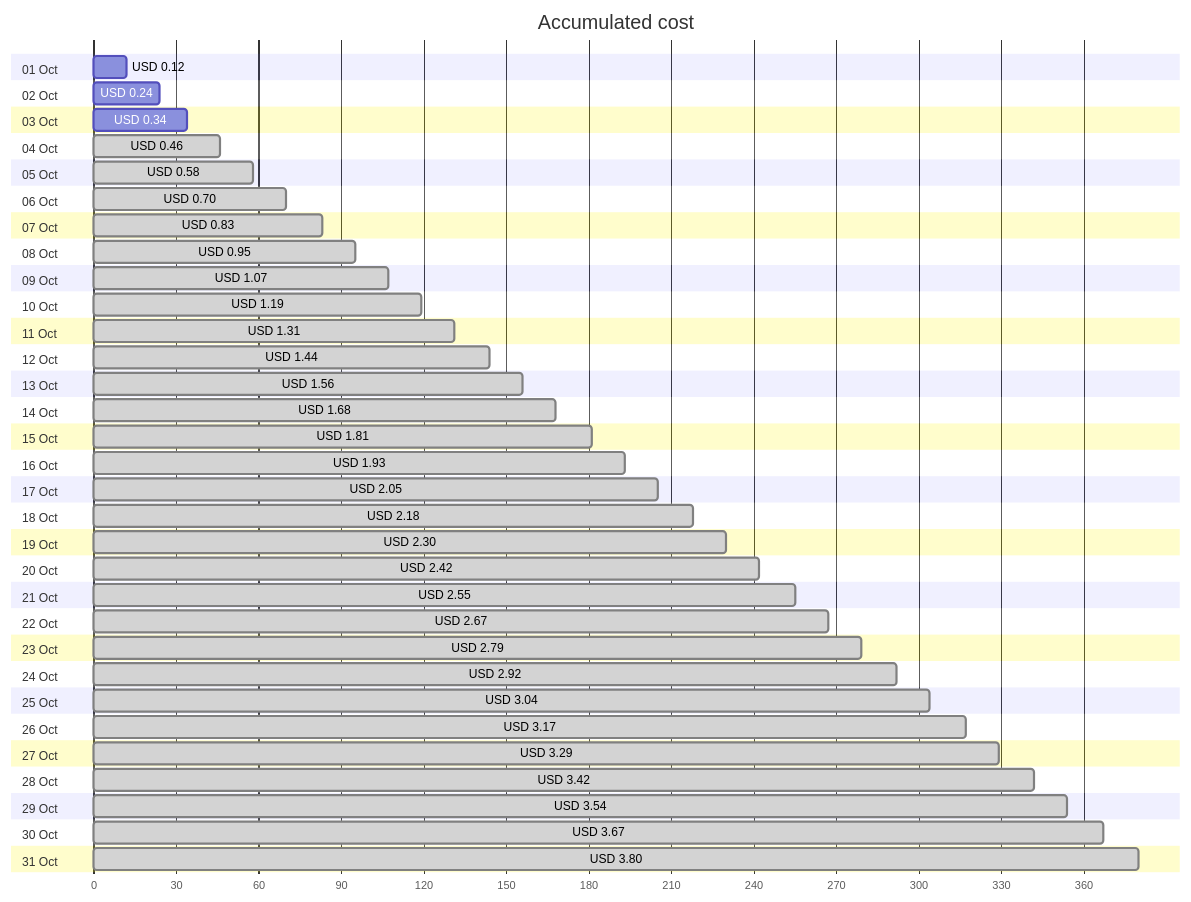
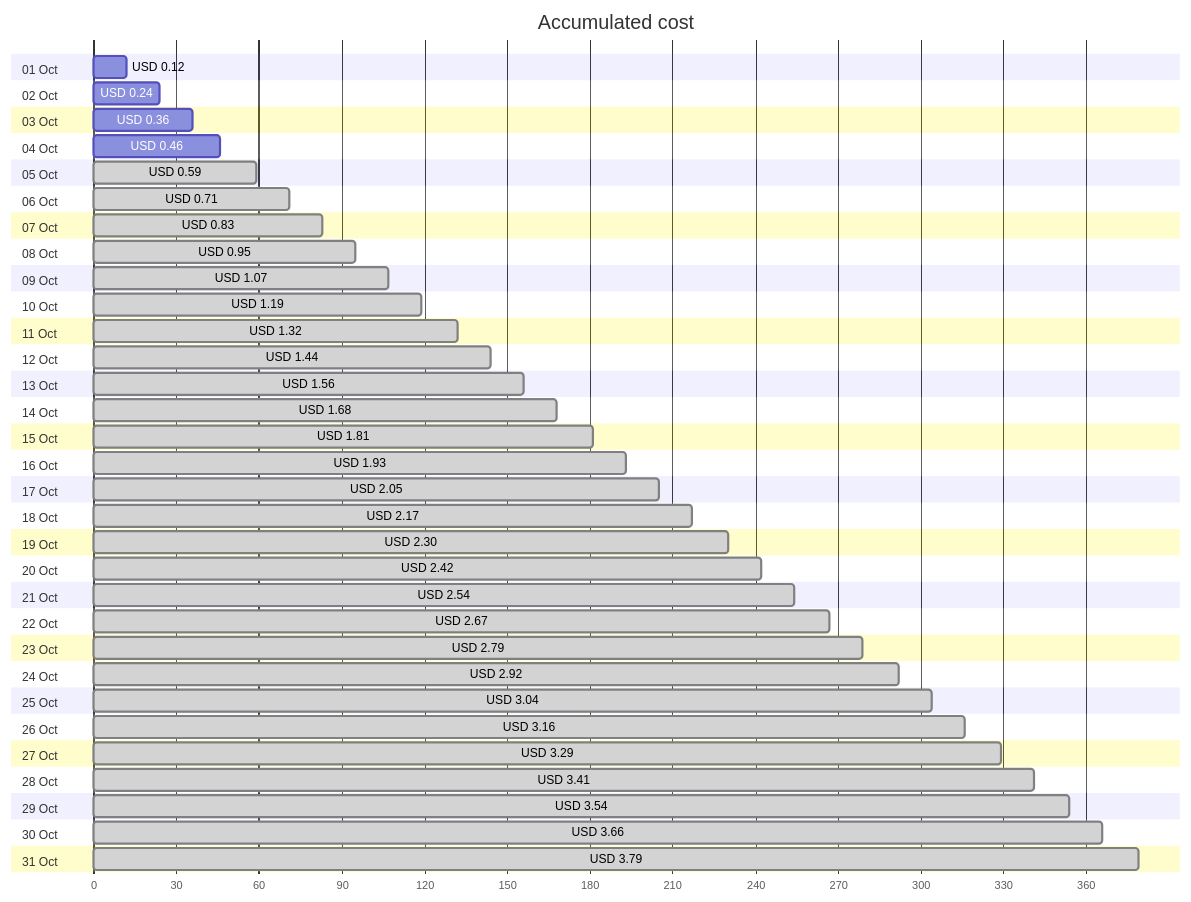
Before and after one commit to jpfulton/azure-personal-reports: the first of 4 diagrams in cost-reports/personal-network/vpn-server-public-ip.md, drawn with Mermaid. The commit also changed other lines of this file and 8 other files, not shown here.

````diff
--- a/cost-reports/personal-network/vpn-server-public-ip.md
+++ b/cost-reports/personal-network/vpn-server-public-ip.md
@@ -20,68 +20,68 @@
 ```mermaid
 gantt
    title Accumulated cost
    dateFormat  X
    axisFormat %s
    section 01 Oct
    USD 0.12 :0, 12
    section 02 Oct
    USD 0.24 :0, 24
    section 03 Oct
-   USD 0.34 :0, 34
+   USD 0.36 :0, 36
    section 04 Oct
-   USD 0.46 : done, 0, 46
+   USD 0.46 :0, 46
    section 05 Oct
-   USD 0.58 : done, 0, 58
+   USD 0.59 : done, 0, 59
    section 06 Oct
-   USD 0.70 : done, 0, 70
+   USD 0.71 : done, 0, 71
    section 07 Oct
    USD 0.83 : done, 0, 83
    section 08 Oct
    USD 0.95 : done, 0, 95
    section 09 Oct
    USD 1.07 : done, 0, 107
    section 10 Oct
    USD 1.19 : done, 0, 119
    section 11 Oct
-   USD 1.31 : done, 0, 131
+   USD 1.32 : done, 0, 132
    section 12 Oct
    USD 1.44 : done, 0, 144
    section 13 Oct
    USD 1.56 : done, 0, 156
    section 14 Oct
    USD 1.68 : done, 0, 168
    section 15 Oct
    USD 1.81 : done, 0, 181
    section 16 Oct
    USD 1.93 : done, 0, 193
    section 17 Oct
    USD 2.05 : done, 0, 205
    section 18 Oct
-   USD 2.18 : done, 0, 218
+   USD 2.17 : done, 0, 217
    section 19 Oct
    USD 2.30 : done, 0, 230
    section 20 Oct
    USD 2.42 : done, 0, 242
    section 21 Oct
-   USD 2.55 : done, 0, 255
+   USD 2.54 : done, 0, 254
    section 22 Oct
    USD 2.67 : done, 0, 267
    section 23 Oct
    USD 2.79 : done, 0, 279
    section 24 Oct
    USD 2.92 : done, 0, 292
    section 25 Oct
    USD 3.04 : done, 0, 304
    section 26 Oct
-   USD 3.17 : done, 0, 317
+   USD 3.16 : done, 0, 316
    section 27 Oct
    USD 3.29 : done, 0, 329
    section 28 Oct
-   USD 3.42 : done, 0, 342
+   USD 3.41 : done, 0, 341
    section 29 Oct
    USD 3.54 : done, 0, 354
    section 30 Oct
-   USD 3.67 : done, 0, 367
+   USD 3.66 : done, 0, 366
    section 31 Oct
-   USD 3.80 : done, 0, 380
+   USD 3.79 : done, 0, 379
 ```
````
